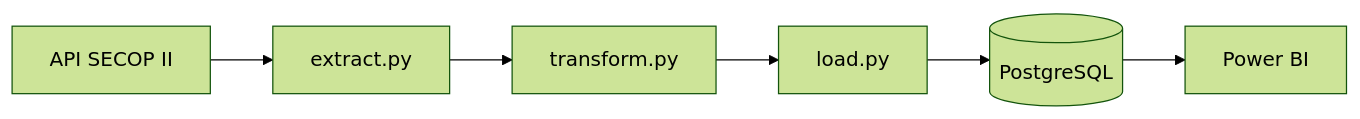
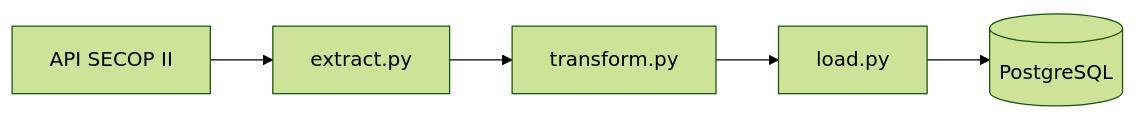
Before and after one commit to bryanmg20/secop2-etl-pipeline: the diagram in README.md, drawn with Mermaid (forest theme). The commit also changed other lines of this file, not shown here.

````diff
--- a/README.md
+++ b/README.md
@@ -20,8 +17,7 @@
 ```mermaid
 graph LR
     A[API SECOP II] --> B[extract.py]
     B --> C[transform.py]
     C --> D[load.py]
     D --> E[(PostgreSQL)]
-    E --> F[Power BI]
 ```
````
